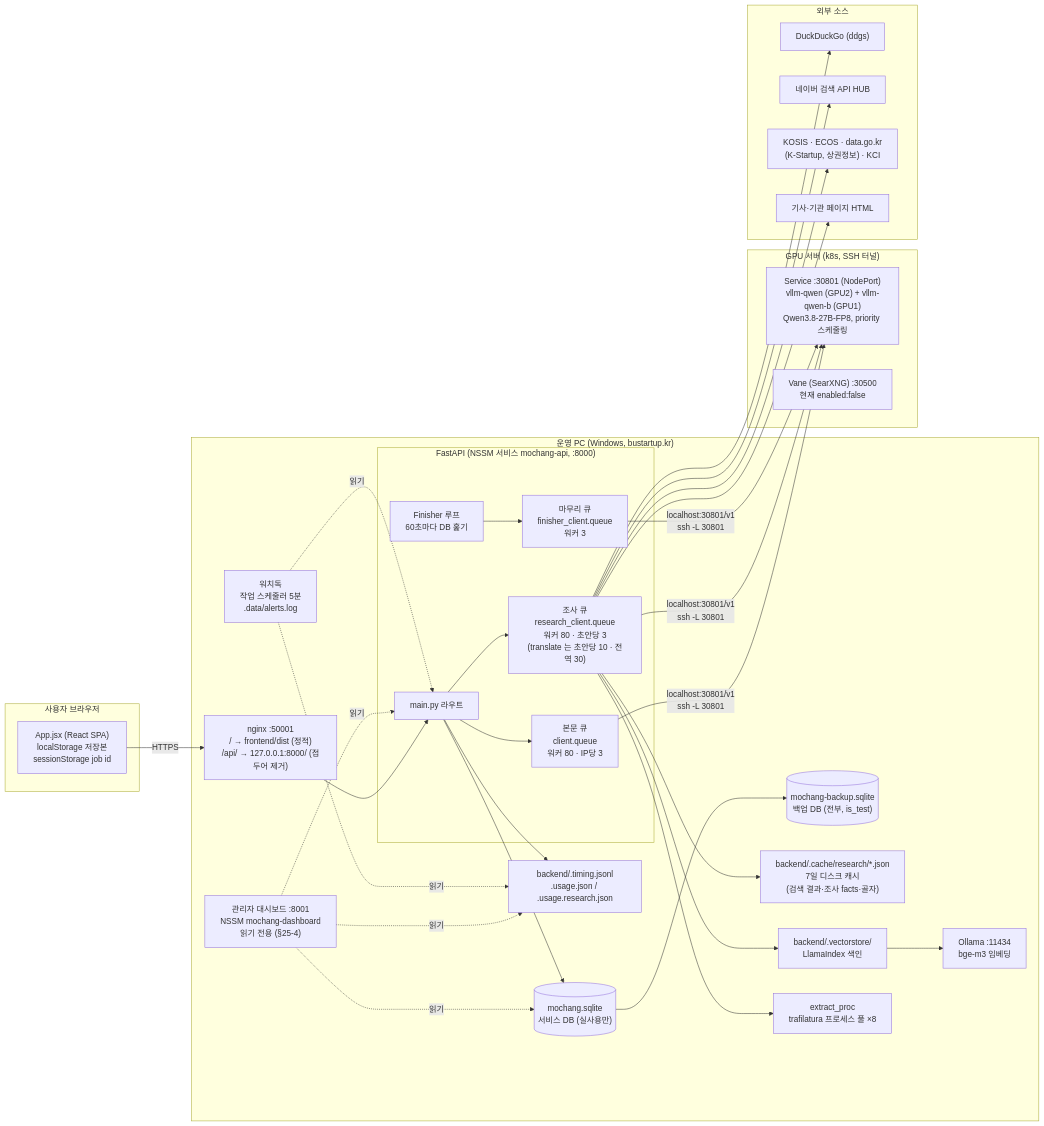
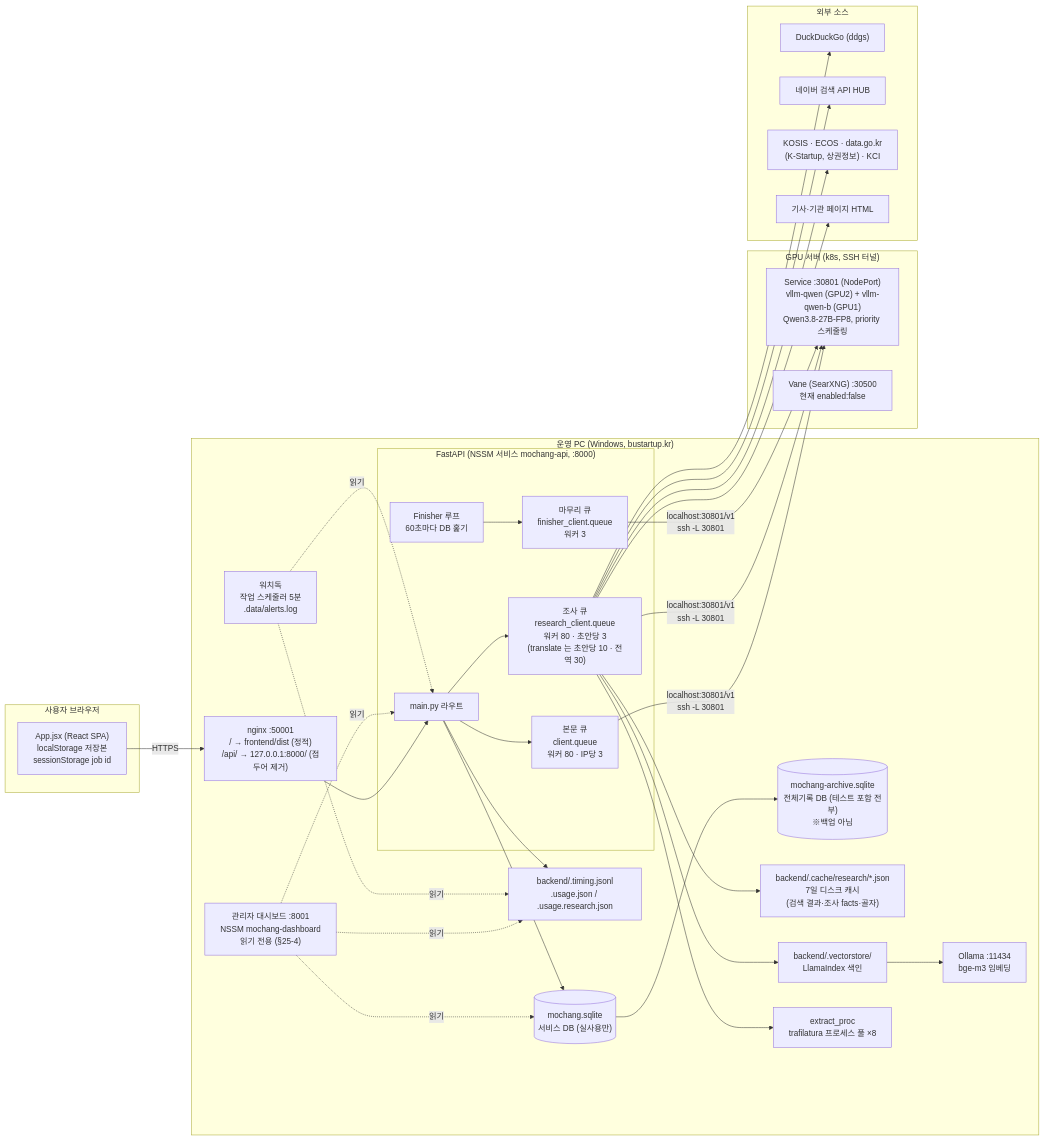
Before and after one commit to tmdrb0130/mochang-bot: the first of 5 diagrams in docs/SYSTEM_ARCHITECTURE.md, drawn with Mermaid. The commit also changed other lines of this file and 13 other files, not shown here.

First line of the commit message:
전체기록 DB 를 archive 로 개명한다 — backup 이라는 이름이 백업이 아니었다

````diff
--- a/docs/SYSTEM_ARCHITECTURE.md
+++ b/docs/SYSTEM_ARCHITECTURE.md
@@ -93,50 +93,50 @@
 ```mermaid
 flowchart LR
   subgraph Browser["사용자 브라우저"]
     APP["App.jsx (React SPA)<br/>localStorage 저장본<br/>sessionStorage job id"]
   end
 
   subgraph PC["운영 PC (Windows, bustartup.kr)"]
     NGINX["nginx :50001<br/>/ → frontend/dist (정적)<br/>/api/ → 127.0.0.1:8000/ (접두어 제거)"]
     subgraph API["FastAPI (NSSM 서비스 mochang-api, :8000)"]
       MAIN["main.py 라우트"]
       QG["본문 큐<br/>client.queue<br/>워커 80 · IP당 3"]
       QR["조사 큐<br/>research_client.queue<br/>워커 80 · 초안당 3<br/>(translate 는 초안당 10 · 전역 30)"]
       QF["마무리 큐<br/>finisher_client.queue<br/>워커 3"]
       FIN["Finisher 루프<br/>60초마다 DB 훑기"]
     end
     SQL1[("mochang.sqlite<br/>서비스 DB (실사용만)")]
-    SQL2[("mochang-backup.sqlite<br/>백업 DB (전부, is_test)")]
+    SQL2[("mochang-archive.sqlite<br/>전체기록 DB (테스트 포함 전부)<br/>※백업 아님")]
     CACHE["backend/.cache/research/*.json<br/>7일 디스크 캐시<br/>(검색 결과·조사 facts·골자)"]
     VEC["backend/.vectorstore/<br/>LlamaIndex 색인"]
     LOGS["backend/.timing.jsonl<br/>.usage.json / .usage.research.json"]
     OLLAMA["Ollama :11434<br/>bge-m3 임베딩"]
     EXT["extract_proc<br/>trafilatura 프로세스 풀 ×8"]
     DASH["관리자 대시보드 :8001<br/>NSSM mochang-dashboard<br/>읽기 전용 (§25-4)"]
     WD["워치독<br/>작업 스케줄러 5분<br/>.data/alerts.log"]
   end
 
   subgraph GPU["GPU 서버 (k8s, SSH 터널)"]
     VLLM["Service :30801 (NodePort)<br/>vllm-qwen (GPU2) + vllm-qwen-b (GPU1)<br/>Qwen3.8-27B-FP8, priority 스케줄링"]
     VANE["Vane (SearXNG) :30500<br/>현재 enabled:false"]
   end
 
   subgraph WEB["외부 소스"]
     DDG["DuckDuckGo (ddgs)"]
     NAVER["네이버 검색 API HUB"]
     OPEN["KOSIS · ECOS · data.go.kr<br/>(K-Startup, 상권정보) · KCI"]
     PAGES["기사·기관 페이지 HTML"]
   end
 
   APP -->|HTTPS| NGINX --> MAIN
   MAIN --> QG & QR
   FIN --> QF
   QG & QR & QF -->|"localhost:30801/v1<br/>ssh -L 30801"| VLLM
   MAIN --> SQL1 --> SQL2
   QR --> CACHE & VEC & EXT
   VEC --> OLLAMA
   QR --> DDG & NAVER & OPEN & PAGES
   MAIN --> LOGS
   DASH -.읽기.-> SQL1 & LOGS & MAIN
   WD -.읽기.-> MAIN & LOGS
 ```
````
